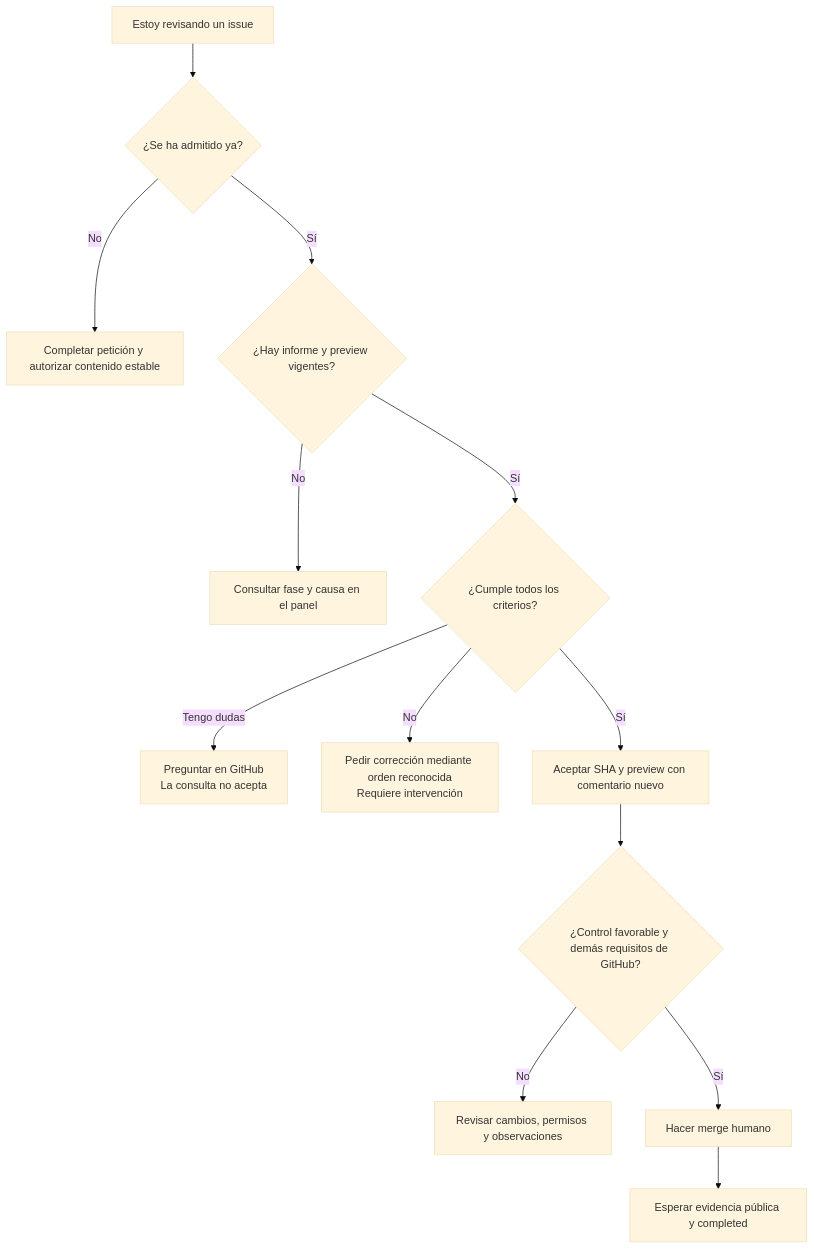
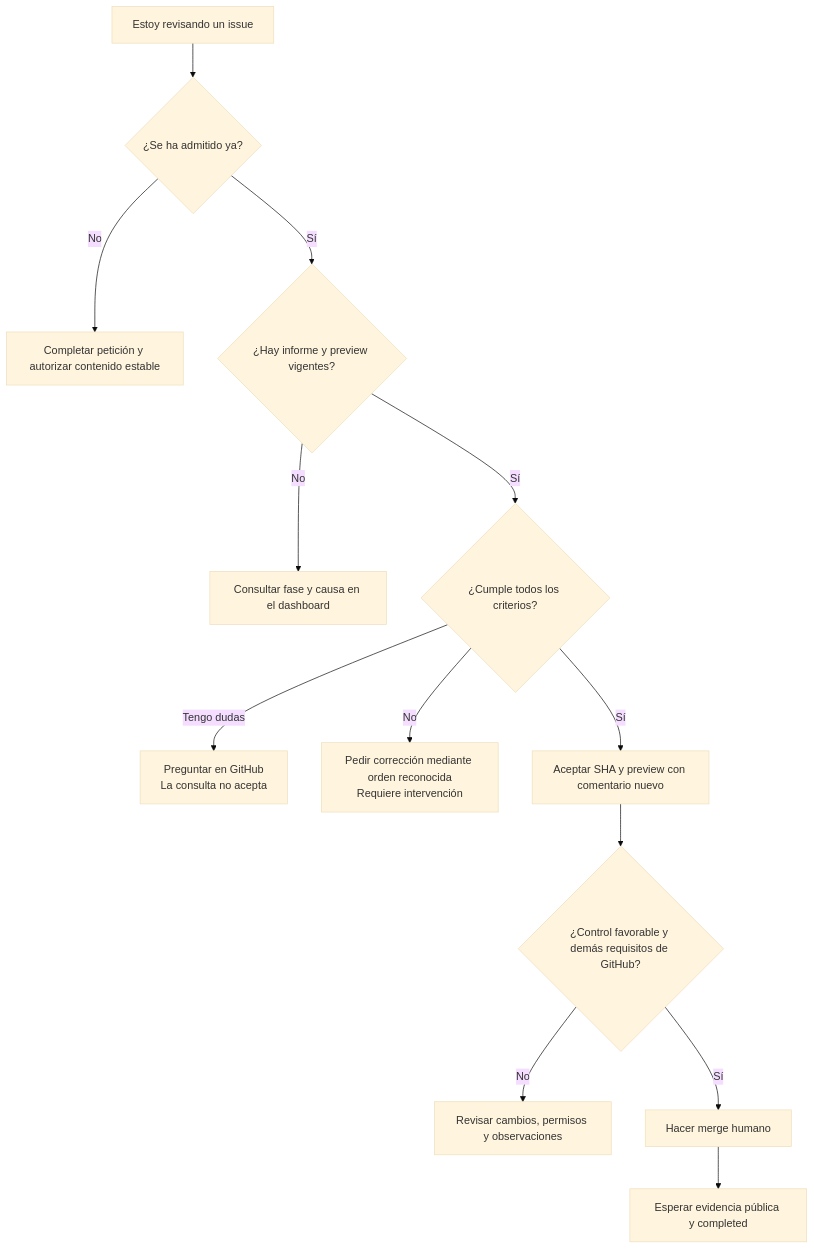
The diagram in docs/manual/06-guia-de-un-issue.md (rubenbp/app-foundry), drawn with Mermaid (base theme) before and after one commit. The commit also changed other lines of this file and 27 other files, not shown here.

Commit message:
Rename local query panel to dashboard

````diff
--- a/docs/manual/06-guia-de-un-issue.md
+++ b/docs/manual/06-guia-de-un-issue.md
@@ -60,15 +60,15 @@
 ```mermaid
 flowchart TD
     R["Estoy revisando un issue"] --> A{"¿Se ha admitido ya?"}
     A -->|"No"| P["Completar petición y autorizar contenido estable"]
     A -->|"Sí"| C{"¿Hay informe y preview vigentes?"}
-    C -->|"No"| E["Consultar fase y causa en el panel"]
+    C -->|"No"| E["Consultar fase y causa en el dashboard"]
     C -->|"Sí"| B{"¿Cumple todos los criterios?"}
     B -->|"Tengo dudas"| Q["Preguntar en GitHub<br/>La consulta no acepta"]
     B -->|"No"| X["Pedir corrección mediante orden reconocida<br/>Requiere intervención"]
     B -->|"Sí"| H["Aceptar SHA y preview con comentario nuevo"]
     H --> G{"¿Control favorable y demás requisitos de GitHub?"}
     G -->|"No"| V["Revisar cambios, permisos y observaciones"]
     G -->|"Sí"| M["Hacer merge humano"]
     M --> F["Esperar evidencia pública y completed"]
 ```
````
